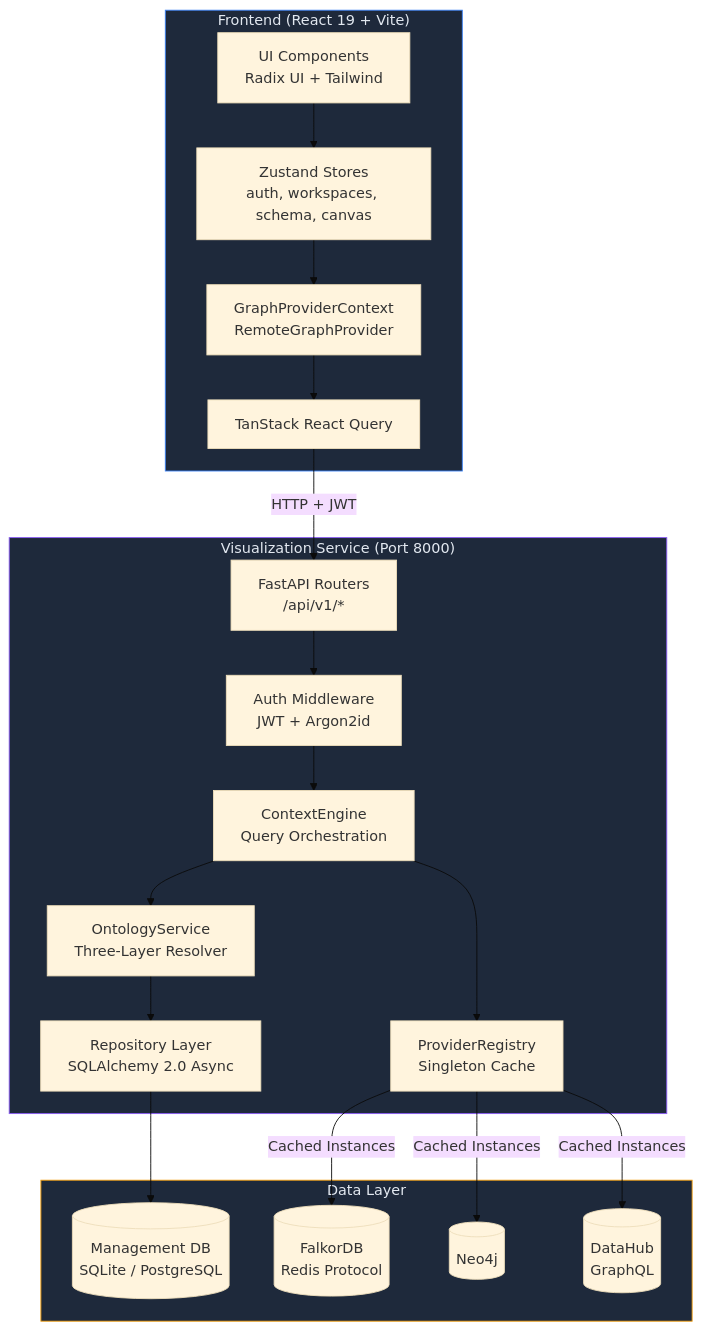
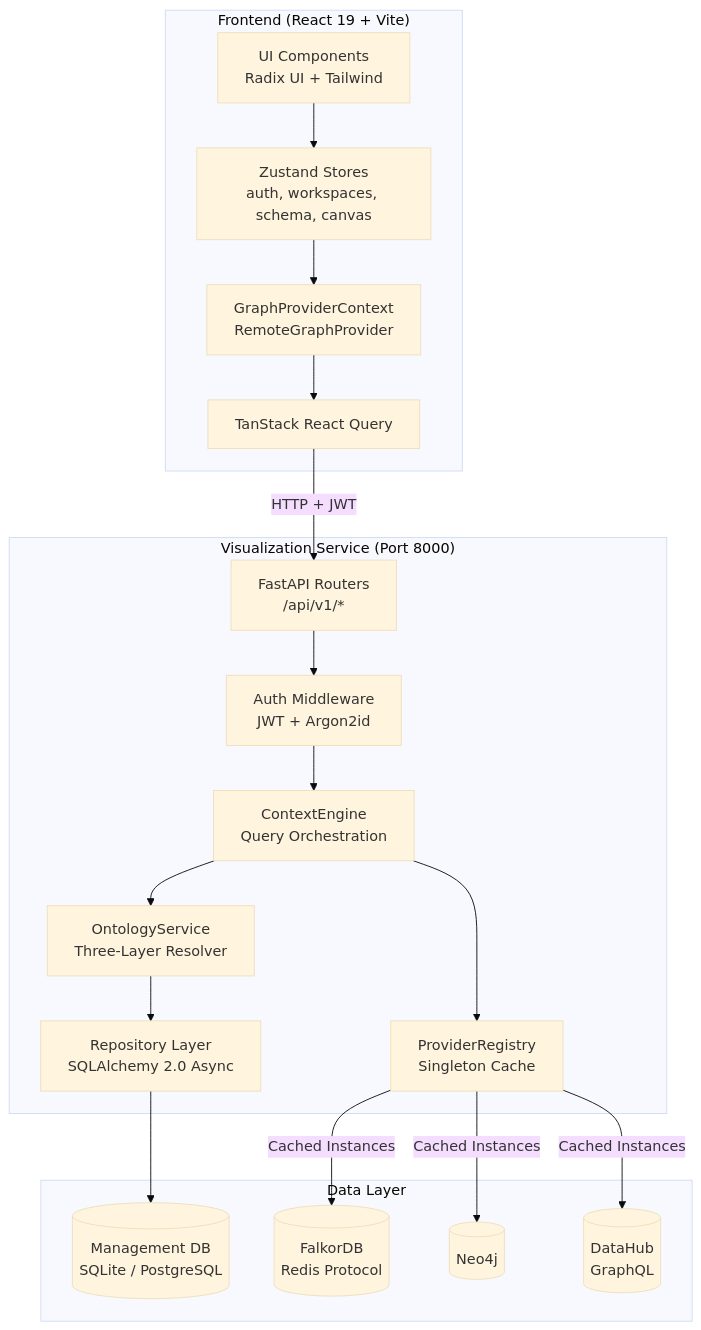
One commit to rkrumins/dataviz changed the first of 6 diagrams in docs/ARCHITECTURE.md. Above: the diagram before and after it, drawn with Mermaid (base theme). The commit also changed other lines of this file and 46 other files, not shown here.

````diff
--- a/docs/ARCHITECTURE.md
+++ b/docs/ARCHITECTURE.md
@@ -23,44 +23,41 @@
 ```mermaid
 graph TB
     subgraph Frontend["Frontend (React 19 + Vite)"]
         UI[UI Components<br/>Radix UI + Tailwind]
         Stores[Zustand Stores<br/>auth, workspaces, schema, canvas]
         GPC[GraphProviderContext<br/>RemoteGraphProvider]
         RQ[TanStack React Query]
     end
 
     subgraph VizService["Visualization Service (Port 8000)"]
         Auth[Auth Middleware<br/>JWT + Argon2id]
         API[FastAPI Routers<br/>/api/v1/*]
         CE[ContextEngine<br/>Query Orchestration]
         PR[ProviderRegistry<br/>Singleton Cache]
         OS[OntologyService<br/>Three-Layer Resolver]
         Repos[Repository Layer<br/>SQLAlchemy 2.0 Async]
     end
 
     subgraph Storage["Data Layer"]
         MgmtDB[(Management DB<br/>SQLite / PostgreSQL)]
         FDB[(FalkorDB<br/>Redis Protocol)]
         Neo4j[(Neo4j)]
         DH[(DataHub<br/>GraphQL)]
     end
 
     UI --> Stores
     Stores --> GPC
     GPC --> RQ
     RQ -->|HTTP + JWT| API
 
     API --> Auth
     Auth --> CE
     CE --> PR
     CE --> OS
     OS --> Repos
     PR -->|Cached Instances| FDB
     PR -->|Cached Instances| Neo4j
     PR -->|Cached Instances| DH
     Repos --> MgmtDB
 
-    style Frontend fill:#1e293b,stroke:#3b82f6,color:#e2e8f0
-    style VizService fill:#1e293b,stroke:#8b5cf6,color:#e2e8f0
-    style Storage fill:#1e293b,stroke:#f59e0b,color:#e2e8f0
 ```
````
